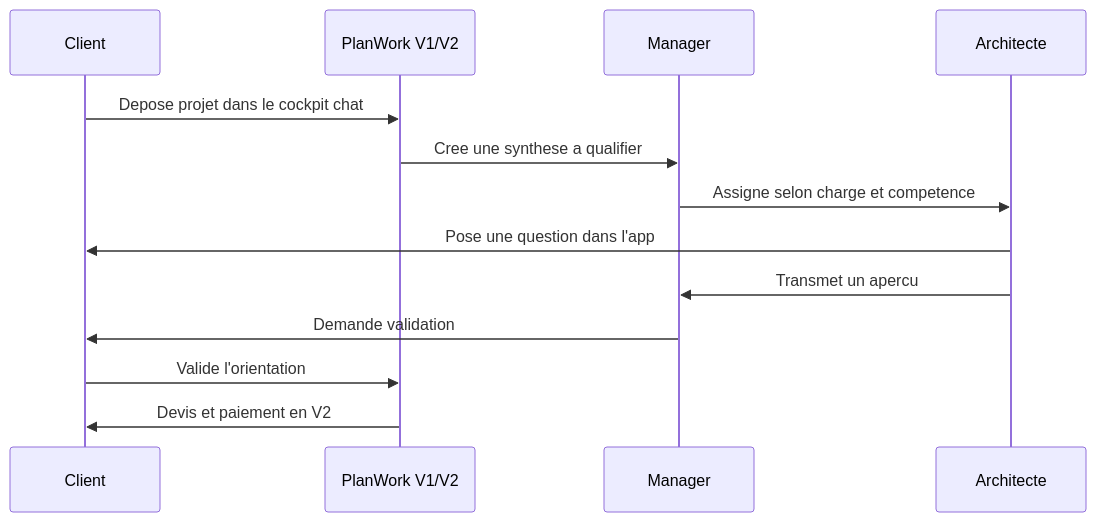
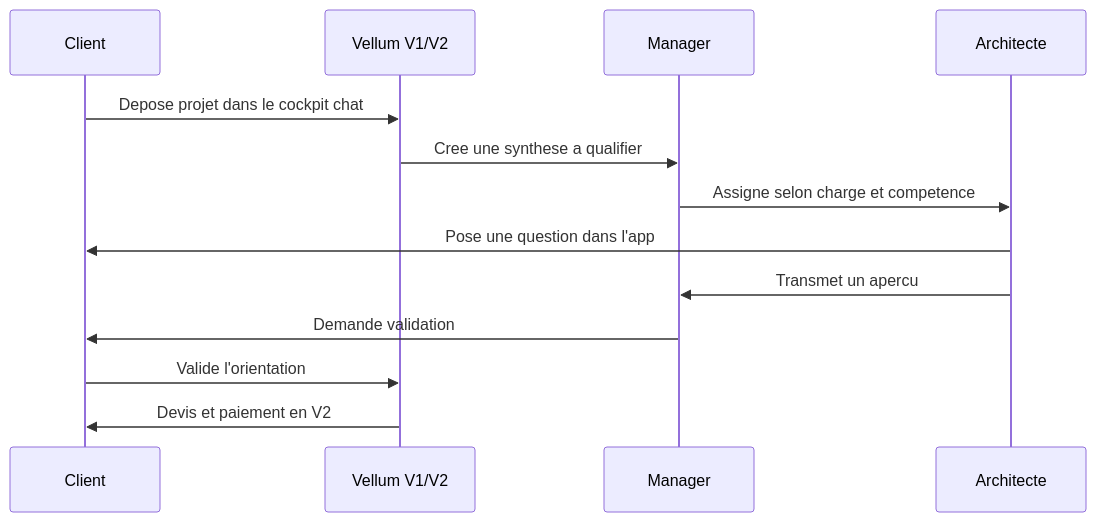
The second of 3 diagrams in docs/workflow.md (RAYAN-DOB/vellum), drawn with Mermaid before and after one commit. The commit also changed 31 other files, not shown here.

First line of the commit message:
chore(brand): rename PlanWork to Vellum across the codebase

````diff
--- a/docs/workflow.md
+++ b/docs/workflow.md
@@ -21,15 +21,15 @@
 ```mermaid
 sequenceDiagram
   participant C as Client
-  participant App as PlanWork V1/V2
+  participant App as Vellum V1/V2
   participant M as Manager
   participant A as Architecte
   C->>App: Depose projet dans le cockpit chat
   App->>M: Cree une synthese a qualifier
   M->>A: Assigne selon charge et competence
   A->>C: Pose une question dans l'app
   A->>M: Transmet un apercu
   M->>C: Demande validation
   C->>App: Valide l'orientation
   App->>C: Devis et paiement en V2
 ```
````
